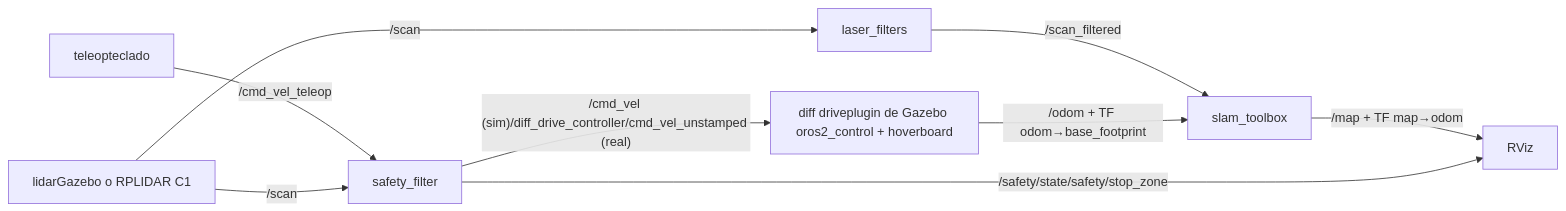
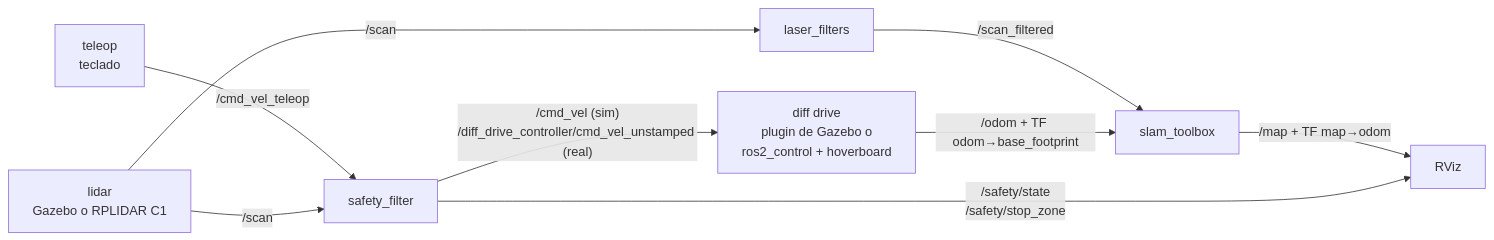
One commit to Ivan1721/milo_ws changed the third of 3 diagrams in docs/informe/README.md. Above: the diagram before and after it, drawn with Mermaid. The commit also changed other lines of this file and 7 other files, not shown here.

````diff
--- a/docs/informe/README.md
+++ b/docs/informe/README.md
@@ -1097,11 +1146,11 @@
 ```mermaid
 flowchart LR
-  KB["teleopteclado"] -- "/cmd_vel_teleop" --> SF["safety_filter"]
-  LID["lidarGazebo o RPLIDAR C1"] -- "/scan" --> SF
+  KB["teleop<br/>teclado"] -- "/cmd_vel_teleop" --> SF["safety_filter"]
+  LID["lidar<br/>Gazebo o RPLIDAR C1"] -- "/scan" --> SF
   LID -- "/scan" --> LF["laser_filters"]
   LF -- "/scan_filtered" --> SLAM["slam_toolbox"]
-  SF -- "/cmd_vel (sim)/diff_drive_controller/cmd_vel_unstamped (real)" --> BASE["diff driveplugin de Gazebo oros2_control + hoverboard"]
+  SF -- "/cmd_vel (sim)<br/>/diff_drive_controller/cmd_vel_unstamped (real)" --> BASE["diff drive<br/>plugin de Gazebo o<br/>ros2_control + hoverboard"]
   BASE -- "/odom + TF odom→base_footprint" --> SLAM
   SLAM -- "/map + TF map→odom" --> RV["RViz"]
-  SF -- "/safety/state/safety/stop_zone" --> RV
+  SF -- "/safety/state<br/>/safety/stop_zone" --> RV
 ```
````
